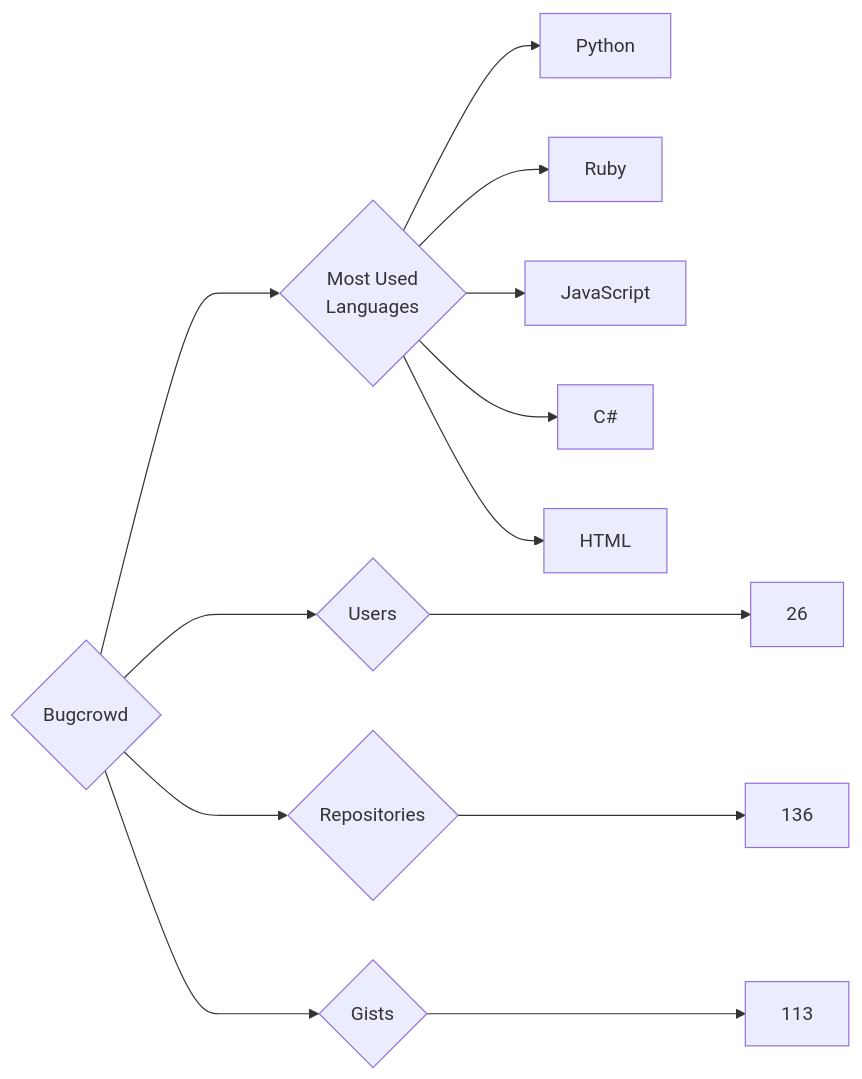
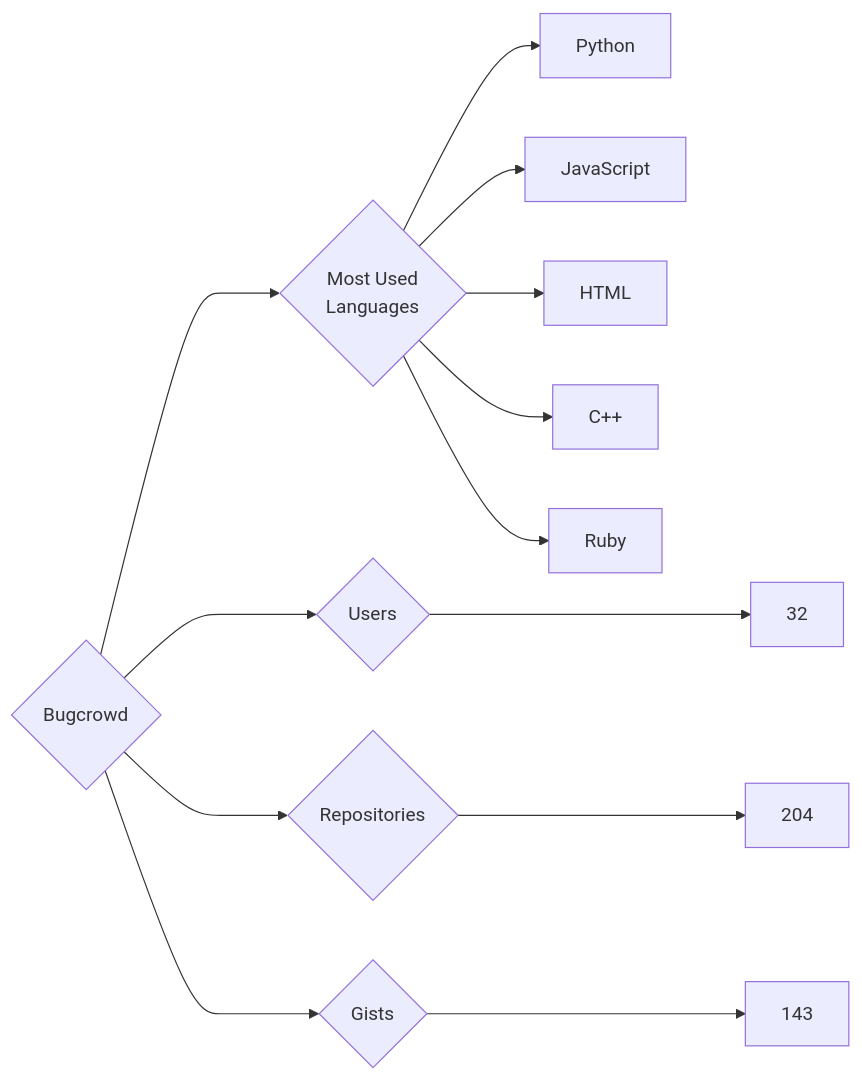
The diagram in targets/Bugcrowd/README.md (trickest/insiders), drawn with Mermaid before and after one commit. The commit also changed 944 other files, not shown here.

````diff
--- a/targets/Bugcrowd/README.md
+++ b/targets/Bugcrowd/README.md
@@ -3,13 +3,13 @@
 ```mermaid
 graph LR
 COMPANY_NAME{Bugcrowd}
-COMPANY_NAME ---> U{Users} ---> UN[26]
-COMPANY_NAME ---> R{Repositories} ---> RN[136]
-COMPANY_NAME ---> G{Gists} ---> GN[113]
+COMPANY_NAME ---> U{Users} ---> UN[32]
+COMPANY_NAME ---> R{Repositories} ---> RN[204]
+COMPANY_NAME ---> G{Gists} ---> GN[143]
 COMPANY_NAME ---> ML{Most Used<br>Languages}
 ML --> Python[Python]
+ML --> JavaScript[JavaScript]
+ML --> HTML[HTML]
+ML --> C++[C++]
 ML --> Ruby[Ruby]
-ML --> JavaScript[JavaScript]
-ML --> C#[C#]
-ML --> HTML[HTML]
 ```
````
